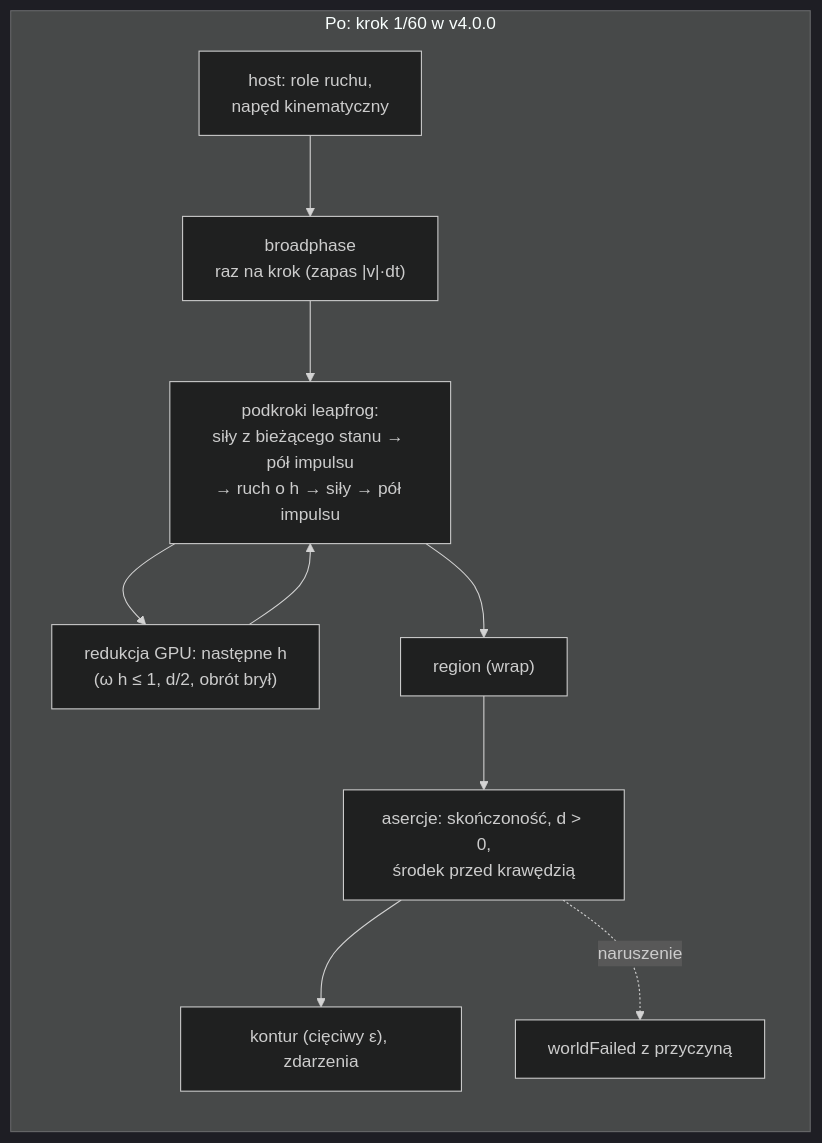
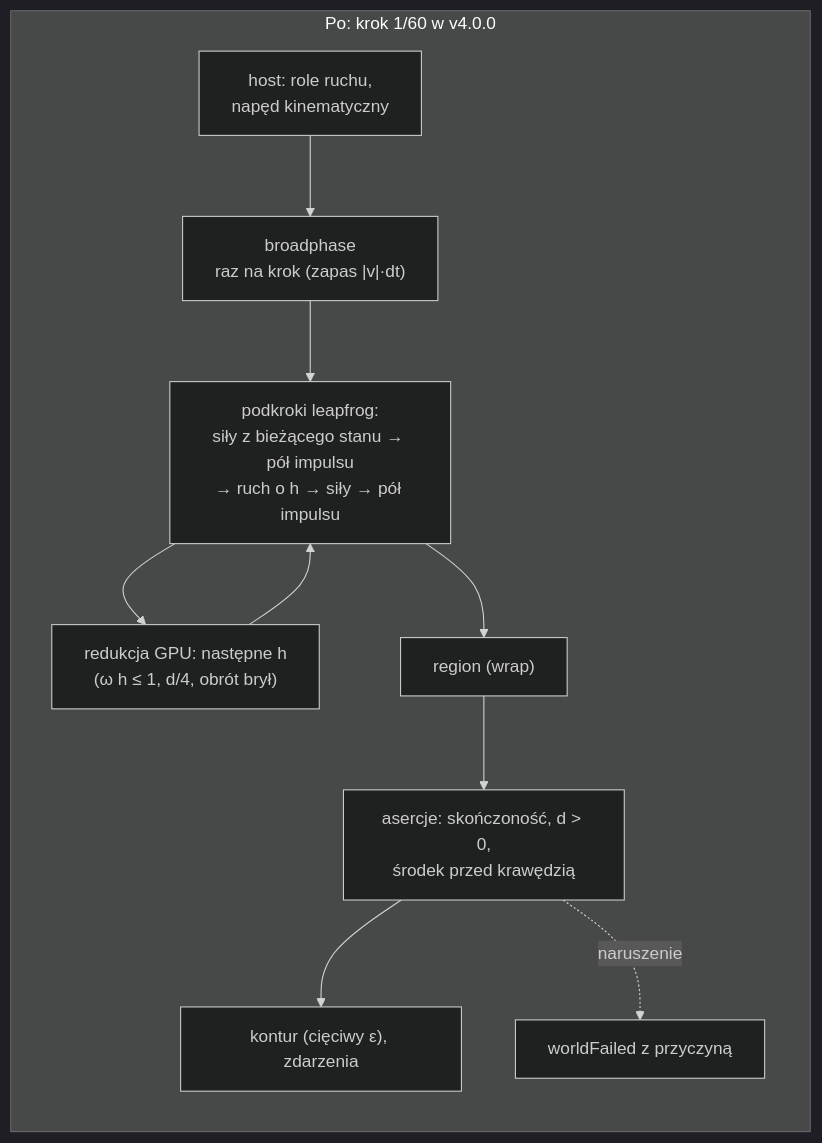
One commit to MariuszAdamowicz/BubblePhysics changed the second of 3 diagrams in docs/sdlc/changes/2026-11-23-engine-4-0-0/change-design.md. Above: the diagram before and after it, drawn with Mermaid (dark theme). The commit also changed other lines of this file, not shown here.

````diff
--- a/docs/sdlc/changes/2026-11-23-engine-4-0-0/change-design.md
+++ b/docs/sdlc/changes/2026-11-23-engine-4-0-0/change-design.md
@@ -50,13 +51,13 @@
 ```mermaid
 flowchart LR
   subgraph after["Po: krok 1/60 w v4.0.0"]
     h2["host: role ruchu,<br/>napęd kinematyczny"] --> b2["broadphase<br/>raz na krok (zapas |v|·dt)"]
     b2 --> s2["podkroki leapfrog:<br/>siły z bieżącego stanu → pół impulsu<br/>→ ruch o h → siły → pół impulsu"]
-    s2 --> hr["redukcja GPU: następne h<br/>(ω h ≤ 1, d/2, obrót brył)"]
+    s2 --> hr["redukcja GPU: następne h<br/>(ω h ≤ 1, d/4, obrót brył)"]
     hr --> s2
     s2 --> rg2["region (wrap)"]
     rg2 --> a2["asercje: skończoność, d > 0,<br/>środek przed krawędzią"]
     a2 --> k2["kontur (cięciwy ε), zdarzenia"]
     a2 -. naruszenie .-> f2["worldFailed z przyczyną"]
   end
 ```
````
